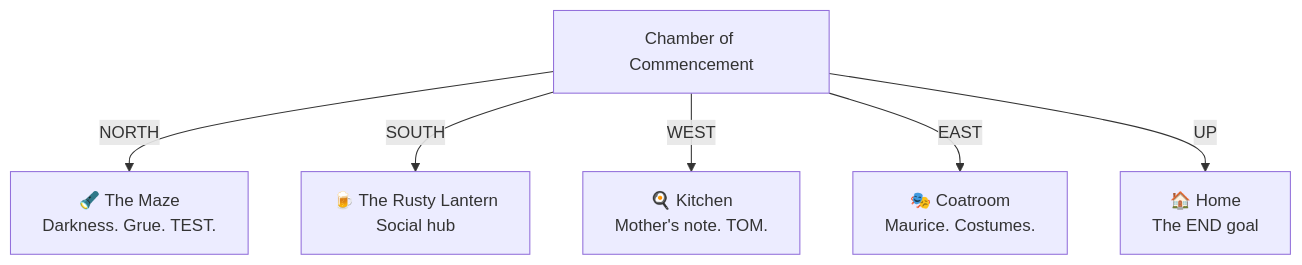
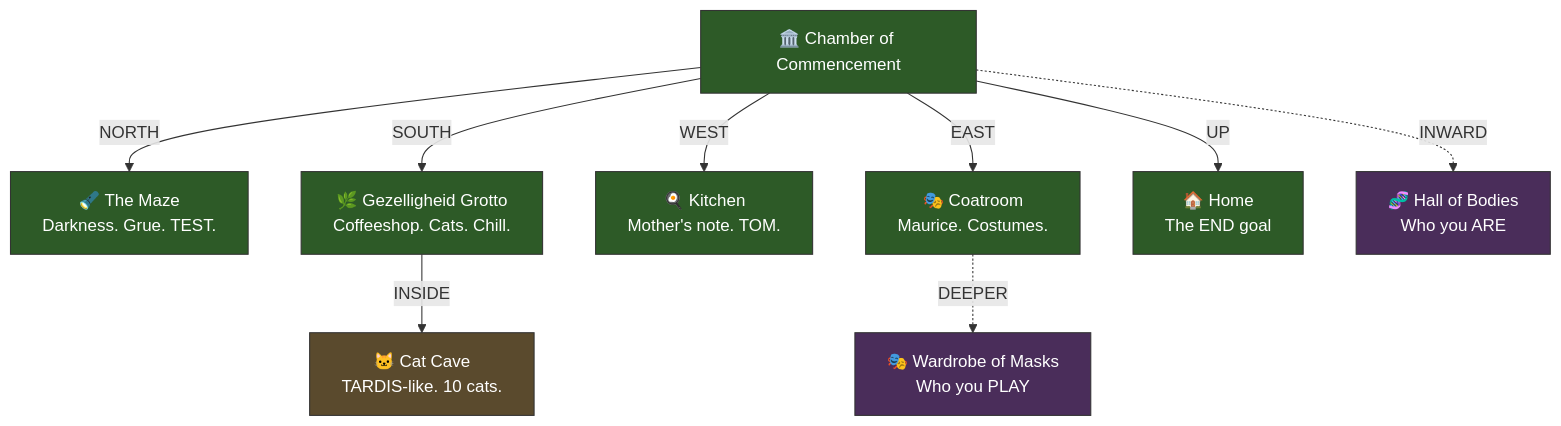
One commit to SimHacker/moollm changed the diagram in examples/adventure-4/TRANSCRIPT.md. Above: the diagram before and after it, drawn with Mermaid. The commit also changed other lines of this file and 1 other file, not shown here.

Commit message:
Update TRANSCRIPT with Gezelligheid Grotto and clickable Mermaid links
- Pub is now the coffeeshop (Gezelligheid Grotto)
- Added metaphysical rooms (Hall of Bodies, Wardrobe of Masks)
- Added Cat Cave as nested room
- Mermaid boxes are now clickable links to directories
- Color-coded: green=physical, purple=metaphysical, brown=nested
- Added exits table for quick reference

````diff
--- a/examples/adventure-4/TRANSCRIPT.md
+++ b/examples/adventure-4/TRANSCRIPT.md
@@ -19,9 +19,33 @@
 ```mermaid
 graph TD
-    START[Chamber of Commencement]
+    START[🏛️ Chamber of Commencement]
+    
     START -->|NORTH| MAZE[🔦 The Maze<br/>Darkness. Grue. TEST.]
-    START -->|SOUTH| PUB[🍺 The Rusty Lantern<br/>Social hub]
+    START -->|SOUTH| PUB[🌿 Gezelligheid Grotto<br/>Coffeeshop. Cats. Chill.]
     START -->|WEST| KITCHEN[🍳 Kitchen<br/>Mother's note. TOM.]
     START -->|EAST| COAT[🎭 Coatroom<br/>Maurice. Costumes.]
     START -->|UP| HOME[🏠 Home<br/>The END goal]
+    START -.->|INWARD| HALL[🧬 Hall of Bodies<br/>Who you ARE]
+    
+    COAT -.->|DEEPER| WARD[🎭 Wardrobe of Masks<br/>Who you PLAY]
+    
+    PUB -->|INSIDE| CAVE[🐱 Cat Cave<br/>TARDIS-like. 10 cats.]
+    
+    click START "start/" "Chamber of Commencement"
+    click MAZE "maze/" "The Maze"
+    click PUB "pub/" "The Gezelligheid Grotto"
+    click KITCHEN "kitchen/" "Kitchen"
+    click COAT "coatroom/" "Coatroom"
+    click HOME "home/" "Home"
+    click HALL "characters/" "Hall of Bodies"
+    click WARD "personas/" "Wardrobe of Masks"
+    click CAVE "pub/cat-cave/" "The Cat Cave"
+    
+    classDef physical fill:#2d5a27,stroke:#333,color:#fff
+    classDef metaphysical fill:#4a2d5a,stroke:#333,color:#fff
+    classDef nested fill:#5a4a2d,stroke:#333,color:#fff
+    
+    class START,MAZE,PUB,KITCHEN,COAT,HOME physical
+    class HALL,WARD metaphysical
+    class CAVE nested
 ```
````
